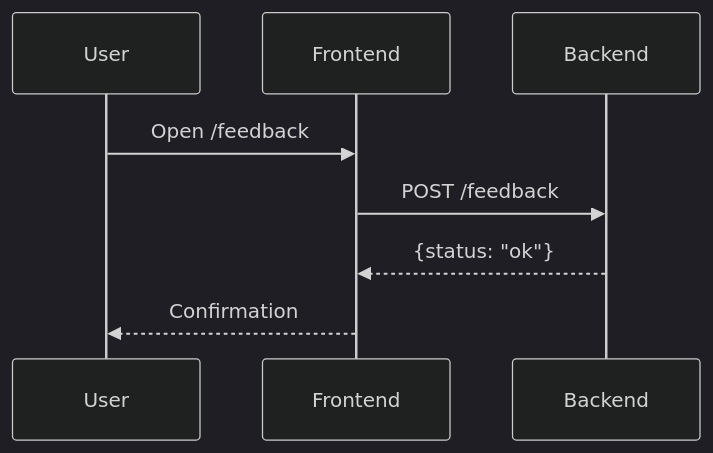
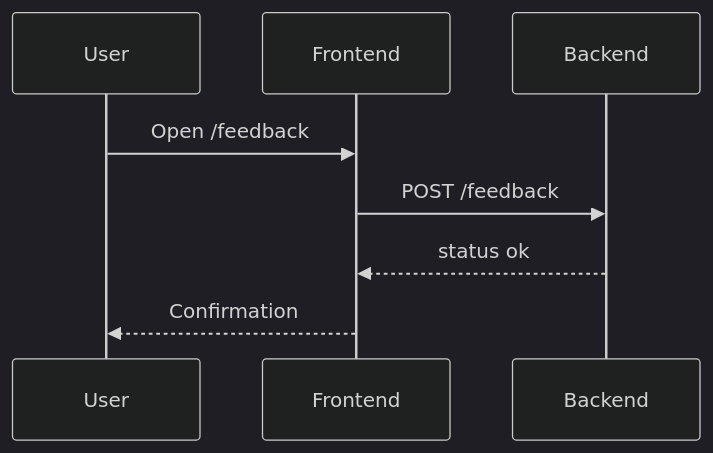
The third of 3 diagrams in docs/phase-4-launch.md (haseebraza715/AgentVault), drawn with Mermaid (dark theme) before and after one commit. The commit also changed 4 other files, not shown here.

Commit message:
Fix mermaid syntax in phase docs

````diff
--- a/docs/phase-4-launch.md
+++ b/docs/phase-4-launch.md
@@ -18,11 +18,11 @@
 ```mermaid
 sequenceDiagram
   %% Phase 4 - Feedback Flow
   participant U as User
   participant FE as Frontend
   participant BE as Backend
   U->>FE: Open /feedback
   FE->>BE: POST /feedback
-  BE-->>FE: {status: "ok"}
+  BE-->>FE: status ok
   FE-->>U: Confirmation
 ```
````
